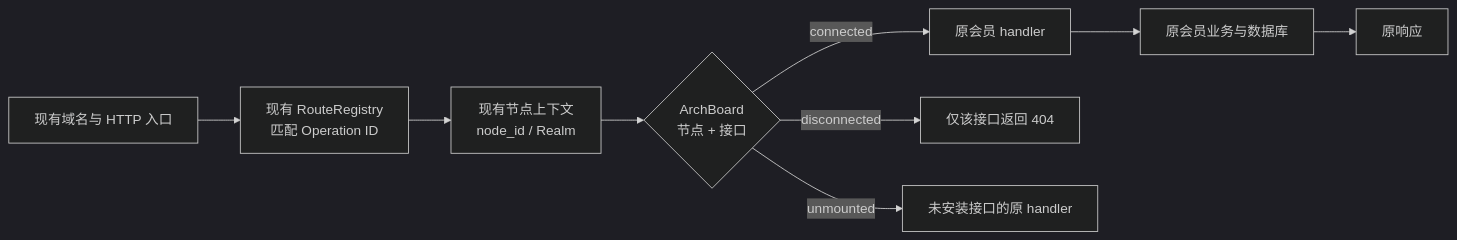
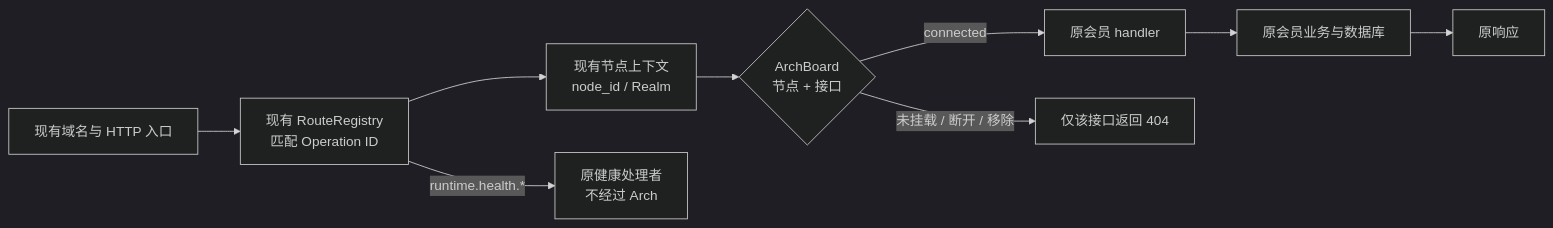
The diagram in L-kernel/arch/WIRING.md (Ethan7586/zhudatuan), drawn with Mermaid (dark theme) before and after one commit. The commit also changed other lines of this file and 16 other files, not shown here.

````diff
--- a/L-kernel/arch/WIRING.md
+++ b/L-kernel/arch/WIRING.md
@@ -3,11 +3,11 @@
 ```mermaid
 flowchart LR
   A[现有域名与 HTTP 入口] --> B[现有 RouteRegistry<br/>匹配 Operation ID]
   B --> C[现有节点上下文<br/>node_id / Realm]
   C --> D{ArchBoard<br/>节点 + 接口}
   D -->|connected| E[原会员 handler]
-  D -->|disconnected| F[仅该接口返回 404]
+  D -->|未挂载 / 断开 / 移除| F[仅该接口返回 404]
   E --> G[原会员业务与数据库]
   G --> H[原响应]
-  D -->|unmounted| I[未安装接口的原 handler]
+  B -->|runtime.health.*| I[原健康处理者<br/>不经过 Arch]
 ```
````
